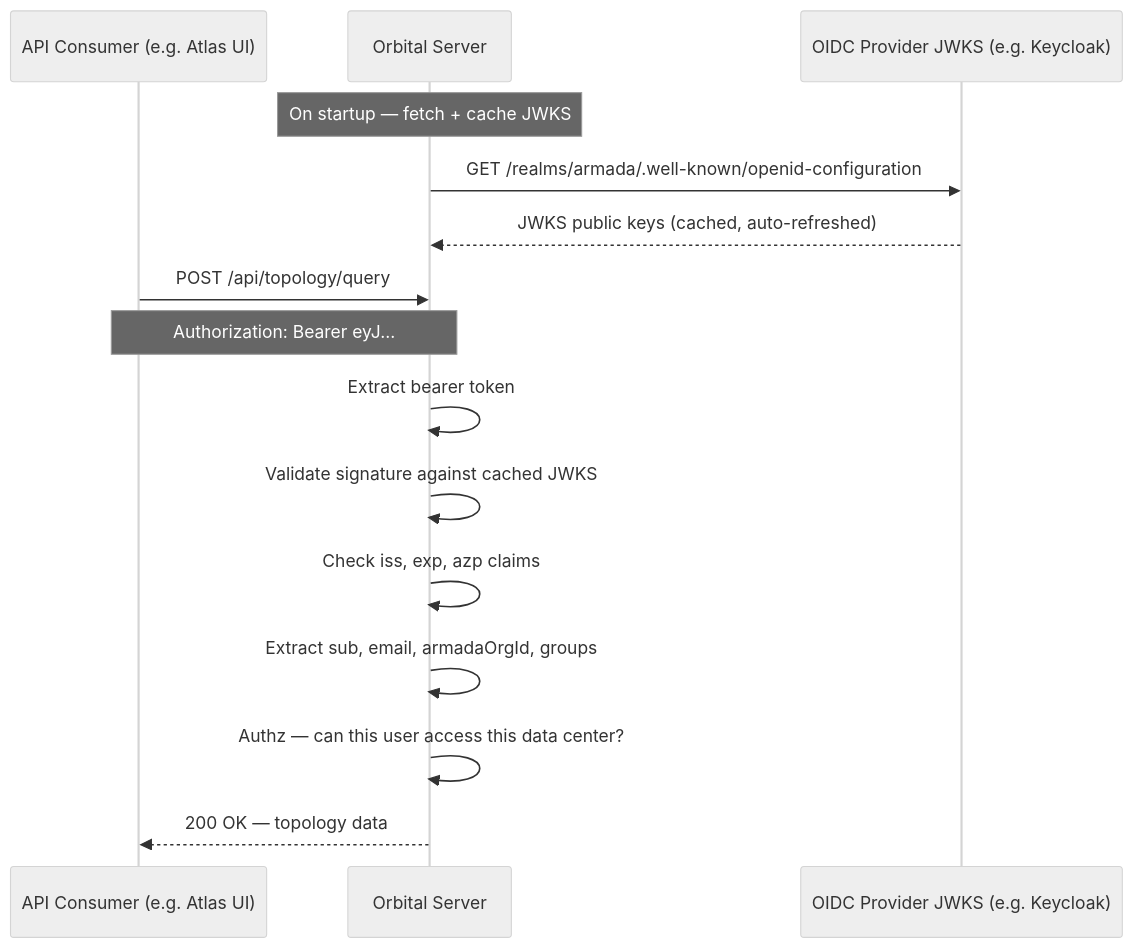
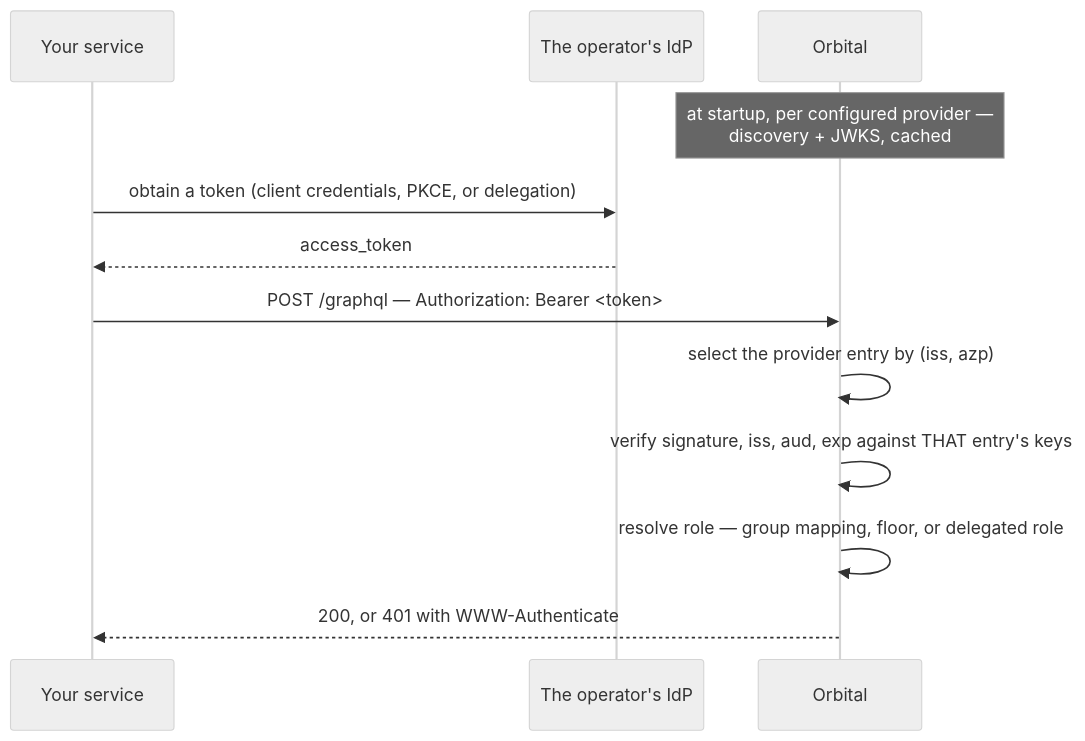
The diagram in docs/auth.md (danieldn-aramada/orbital), drawn with Mermaid (neutral theme) before and after one commit. The commit also changed other lines of this file and 29 other files, not shown here.

````diff
--- a/docs/auth.md
+++ b/docs/auth.md
@@ -40,19 +49,15 @@
 ```mermaid
 sequenceDiagram
-    participant A as API Consumer (e.g. Atlas UI)
-    participant O as Orbital Server
-    participant K as OIDC Provider JWKS (e.g. Keycloak)
+    participant C as Your service
+    participant I as The operator's IdP
+    participant O as Orbital
 
-    Note over O: On startup — fetch + cache JWKS
-    O->>K: GET /realms/armada/.well-known/openid-configuration
-    K-->>O: JWKS public keys (cached, auto-refreshed)
-
-    A->>O: POST /api/topology/query
-    Note over A,O: Authorization: Bearer eyJ...
-    O->>O: Extract bearer token
-    O->>O: Validate signature against cached JWKS
-    O->>O: Check iss, exp, azp claims
-    O->>O: Extract sub, email, armadaOrgId, groups
-    O->>O: Authz — can this user access this data center?
-    O-->>A: 200 OK — topology data
+    Note over O: at startup, per configured provider —<br/>discovery + JWKS, cached
+    C->>I: obtain a token (client credentials, PKCE, or delegation)
+    I-->>C: access_token
+    C->>O: POST /graphql — Authorization: Bearer <token>
+    O->>O: select the provider entry by (iss, azp)
+    O->>O: verify signature, iss, aud, exp against THAT entry's keys
+    O->>O: resolve role — group mapping, floor, or delegated role
+    O-->>C: 200, or 401 with WWW-Authenticate
 ```
````
